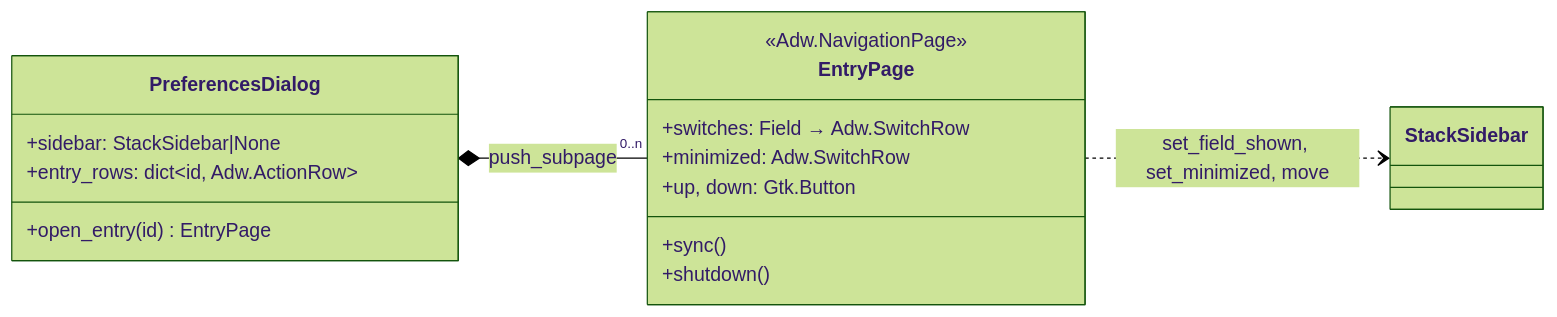
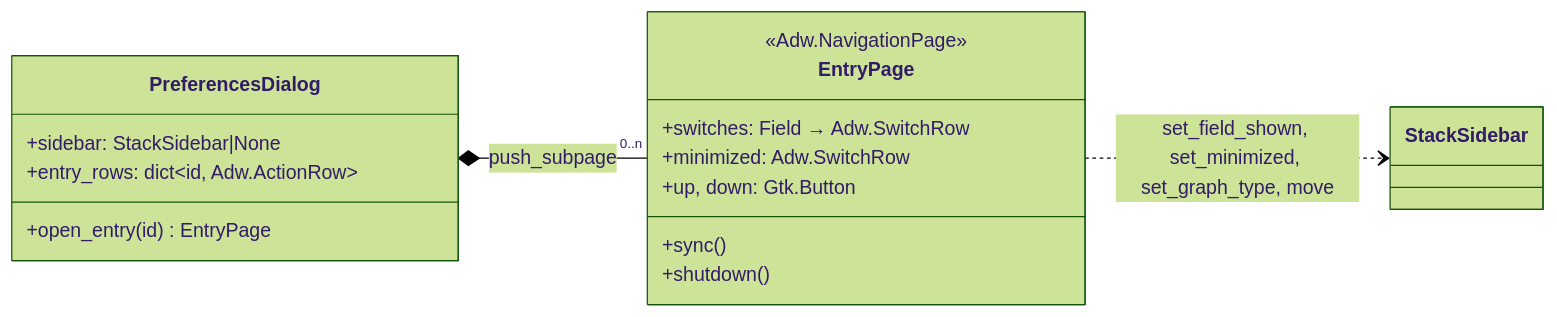
One commit to mamadingleberry/proccoli changed the diagram in docs/design/09.5-sidebar-preferences.md. Above: the diagram before and after it, drawn with Mermaid (forest theme). The commit also changed other lines of this file and 417 other files, not shown here.

````diff
--- a/docs/design/09.5-sidebar-preferences.md
+++ b/docs/design/09.5-sidebar-preferences.md
@@ -3,19 +3,19 @@
 ```mermaid
 classDiagram
     direction LR
     class PreferencesDialog {
         +sidebar: StackSidebar|None
         +entry_rows: dict~id, Adw.ActionRow~
         +open_entry(id) EntryPage
     }
     class EntryPage {
         <<Adw.NavigationPage>>
         +switches: Field → Adw.SwitchRow
         +minimized: Adw.SwitchRow
         +up, down: Gtk.Button
         +sync()
         +shutdown()
     }
     PreferencesDialog *-- "0..n" EntryPage : push_subpage
-    EntryPage ..> StackSidebar : set_field_shown, set_minimized, move
+    EntryPage ..> StackSidebar : set_field_shown, set_minimized, set_graph_type, move
 ```
````
